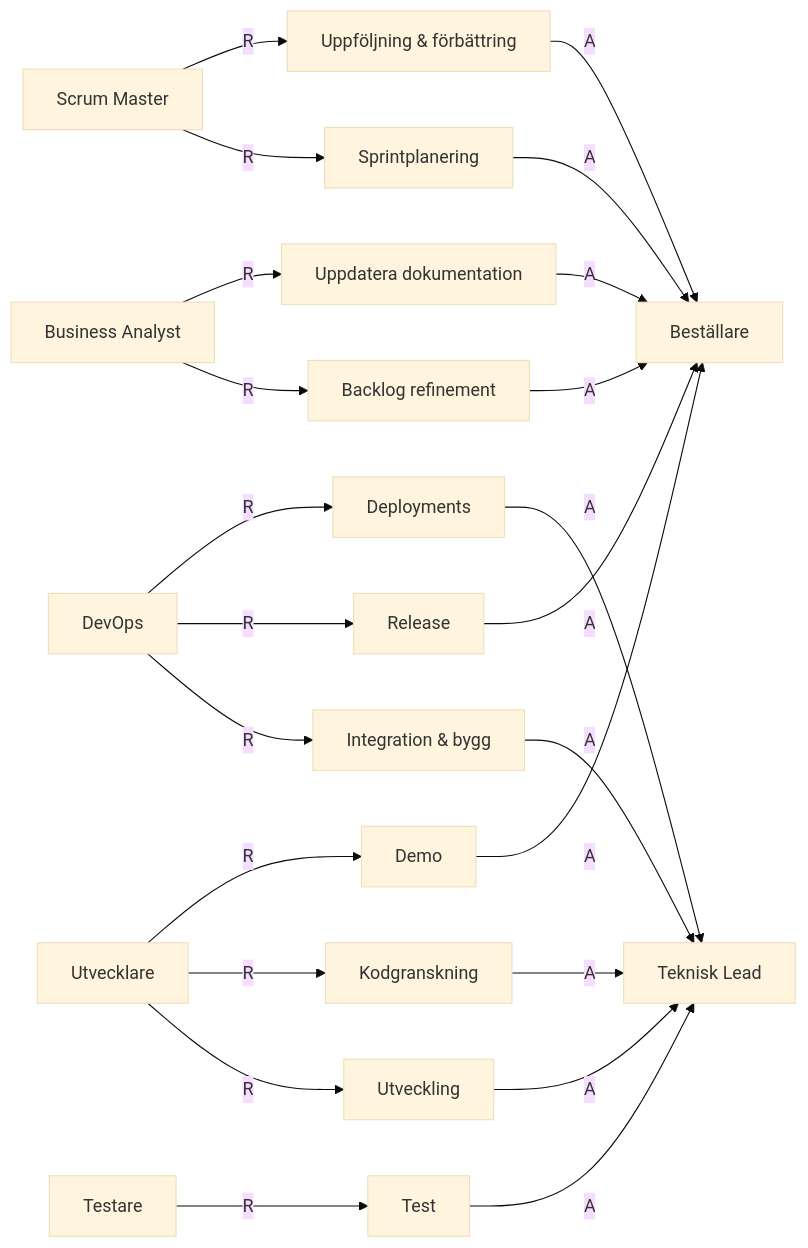
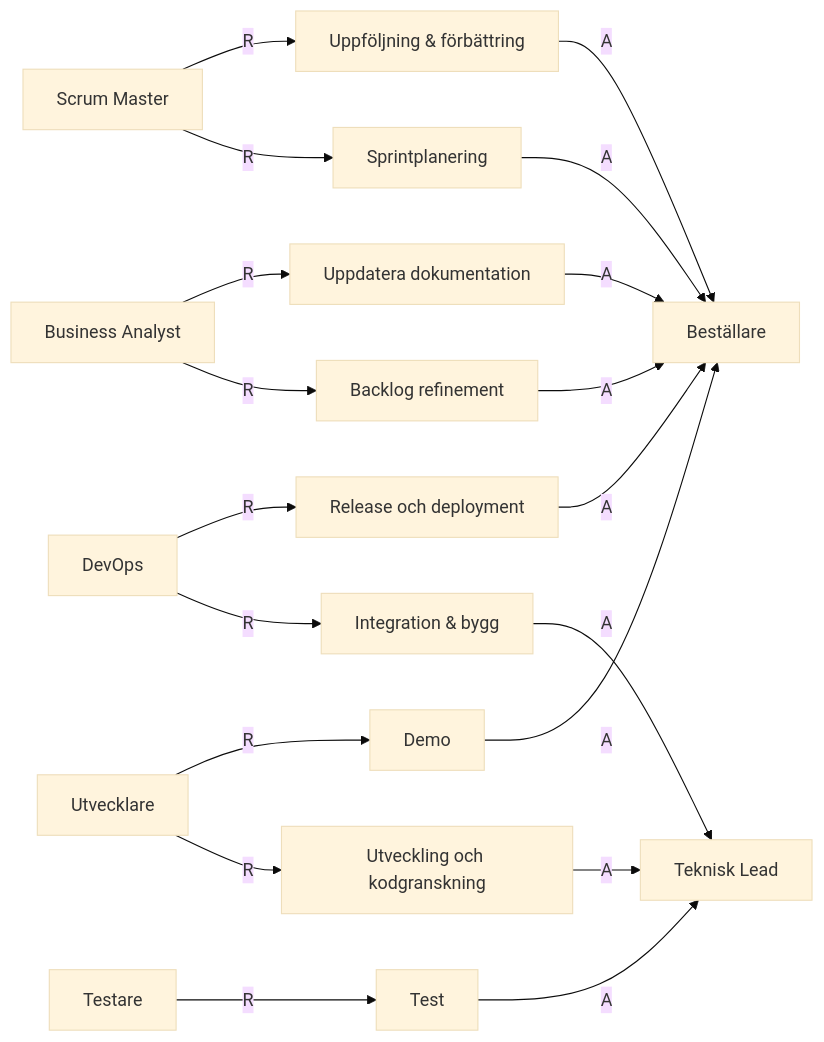
One commit to Riniga/valuestream-os changed the second of 3 diagrams in framework/standard/RACI/4. Leverans.md. Above: the diagram before and after it, drawn with Mermaid (base theme). The commit also changed other lines of this file and 17 other files, not shown here.

````diff
--- a/framework/standard/RACI/4. Leverans.md
+++ b/framework/standard/RACI/4. Leverans.md
@@ -32,46 +29,40 @@
 ```mermaid
 flowchart LR
     A1["Backlog refinement"]
     A2["Sprintplanering"]
-    B1["Utveckling"]
-    B2["Kodgranskning"]
-    B3["Test"]
+    B1["Utveckling och kodgranskning"]
+    B2["Test"]
     C1["Integration & bygg"]
     D1["Demo"]
-    E1["Release"]
-    F1["Deployments"]
+    E1["Release och deployment"]
     E2["Uppdatera dokumentation"]
     G1["Uppföljning & förbättring"]
 
     BA["Business Analyst"]
     SM["Scrum Master"]
     UT["Utvecklare"]
     TE["Testare"]
     DE["DevOps"]
     TL["Teknisk Lead"]
     BE["Beställare"]
 
     BA -- R --> A1
     SM -- R --> A2
     UT -- R --> B1
-    UT -- R --> B2
-    TE -- R --> B3
+    TE -- R --> B2
     DE -- R --> C1
     UT -- R --> D1
     DE -- R --> E1
-    DE -- R --> F1
     BA -- R --> E2
     SM -- R --> G1
 
     A1 -- A --> BE
     A2 -- A --> BE
     B1 -- A --> TL
     B2 -- A --> TL
-    B3 -- A --> TL
     C1 -- A --> TL
     D1 -- A --> BE
     E1 -- A --> BE
-    F1 -- A --> TL
     E2 -- A --> BE
     G1 -- A --> BE
 ```
````
